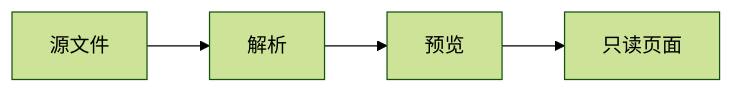
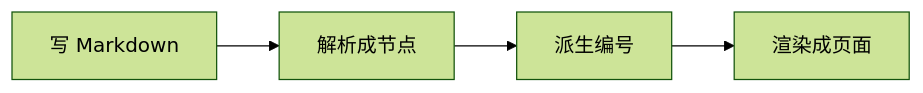
The first of 4 diagrams in examples/all-syntax.markdown (emacs-taf/etaf-md), drawn with Mermaid (forest theme) before and after one commit. The commit also changed other lines of this file and 2 other files, not shown here.

````diff
--- a/examples/all-syntax.markdown
+++ b/examples/all-syntax.markdown
@@ -504,6 +440,6 @@
 ```mermaid
-graph LR
-  A[源文件] --> B[解析]
-  B --> C[预览]
-  C --> D[只读页面]
+flowchart LR
+  A[写 Markdown] --> B[解析成节点]
+  B --> C[派生编号]
+  C --> D[渲染成页面]
 ```
````
